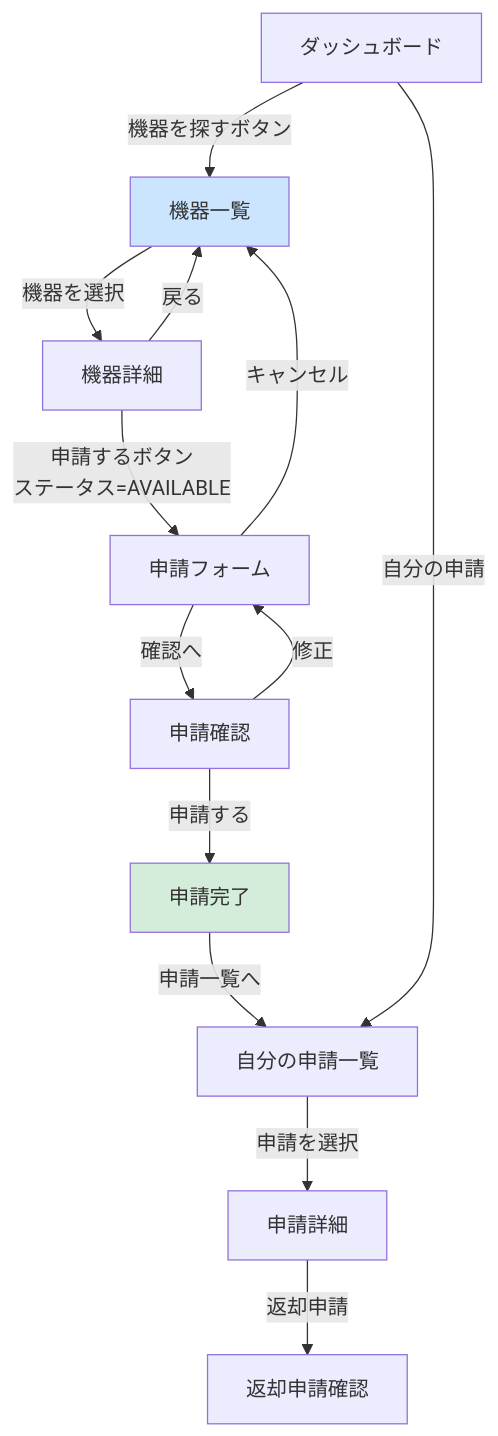
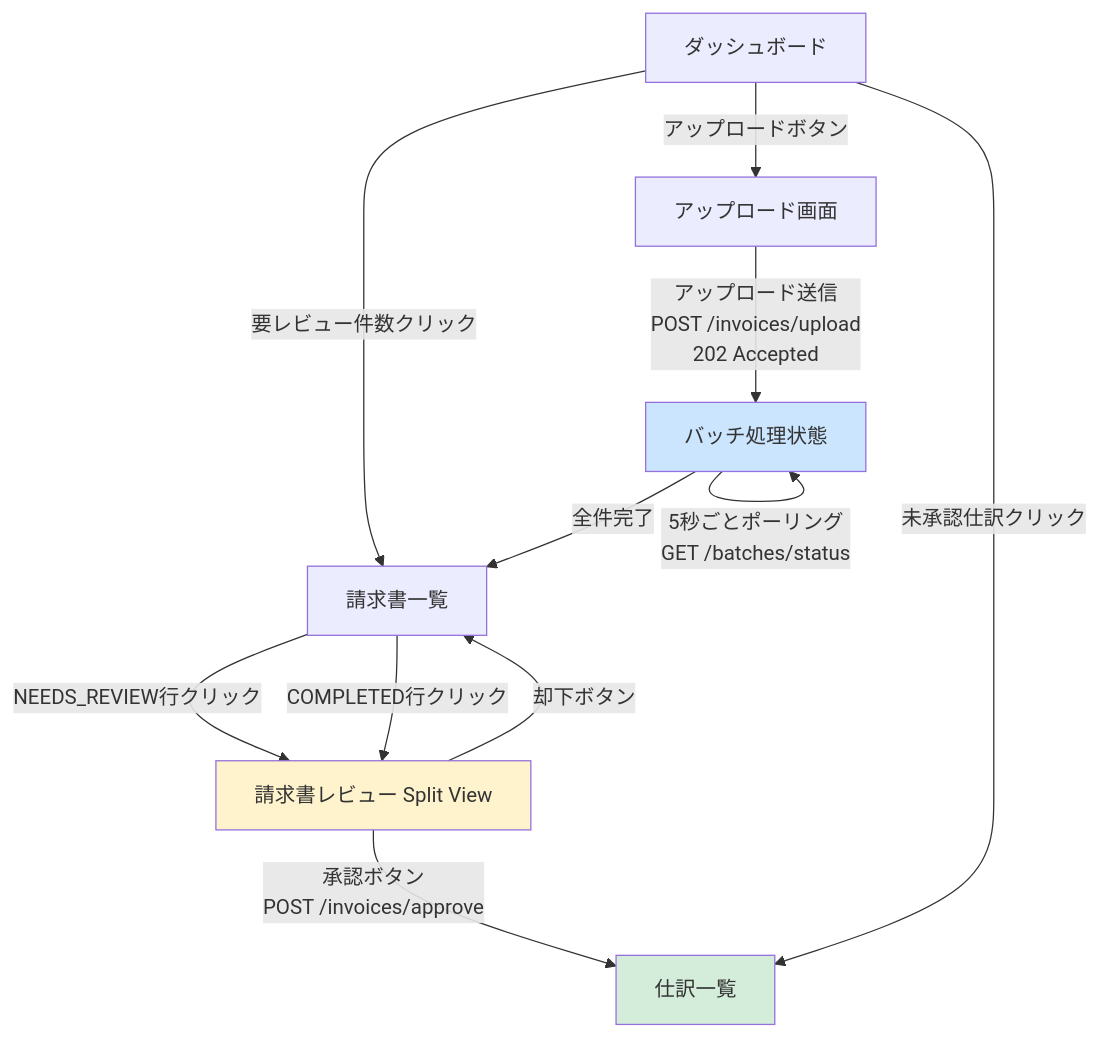
Before and after one commit to tuyenpx2/designcourse: the diagram in basicdesign/buoi-04.md, drawn with Mermaid. The commit also changed other lines of this file and 23 other files, not shown here.

````diff
--- a/basicdesign/buoi-04.md
+++ b/basicdesign/buoi-04.md
@@ -447,18 +528,17 @@
 ```mermaid
 flowchart TD
-    S010[ダッシュボード] -->|機器を探すボタン| S020[機器一覧]
-    S020 -->|機器を選択| S021[機器詳細]
-    S021 -->|申請するボタン\nステータス=AVAILABLE| S030[申請フォーム]
-    S021 -->|戻る| S020
-    S030 -->|確認へ| S031[申請確認]
-    S030 -->|キャンセル| S020
-    S031 -->|申請する| S032[申請完了]
-    S031 -->|修正| S030
-    S032 -->|申請一覧へ| S040[自分の申請一覧]
-    S010 -->|自分の申請| S040
-    S040 -->|申請を選択| S041[申請詳細]
-    S041 -->|返却申請| S042[返却申請確認]
+    S005[ダッシュボード] -->|アップロードボタン| S030[アップロード画面]
+    S005 -->|要レビュー件数クリック| S010[請求書一覧]
+    S030 -->|アップロード送信\nPOST /invoices/upload\n202 Accepted| S031[バッチ処理状態]
+    S031 -->|5秒ごとポーリング\nGET /batches/status| S031
+    S031 -->|全件完了| S010
+    S010 -->|NEEDS_REVIEW行クリック| S020[請求書レビュー Split View]
+    S010 -->|COMPLETED行クリック| S020
+    S020 -->|承認ボタン\nPOST /invoices/approve| S040[仕訳一覧]
+    S020 -->|却下ボタン| S010
+    S005 -->|未承認仕訳クリック| S040
 
-    style S032 fill:#d4edda
-    style S020 fill:#cce5ff
+    style S020 fill:#fff3cd
+    style S031 fill:#cce5ff
+    style S040 fill:#d4edda
 ```
````
